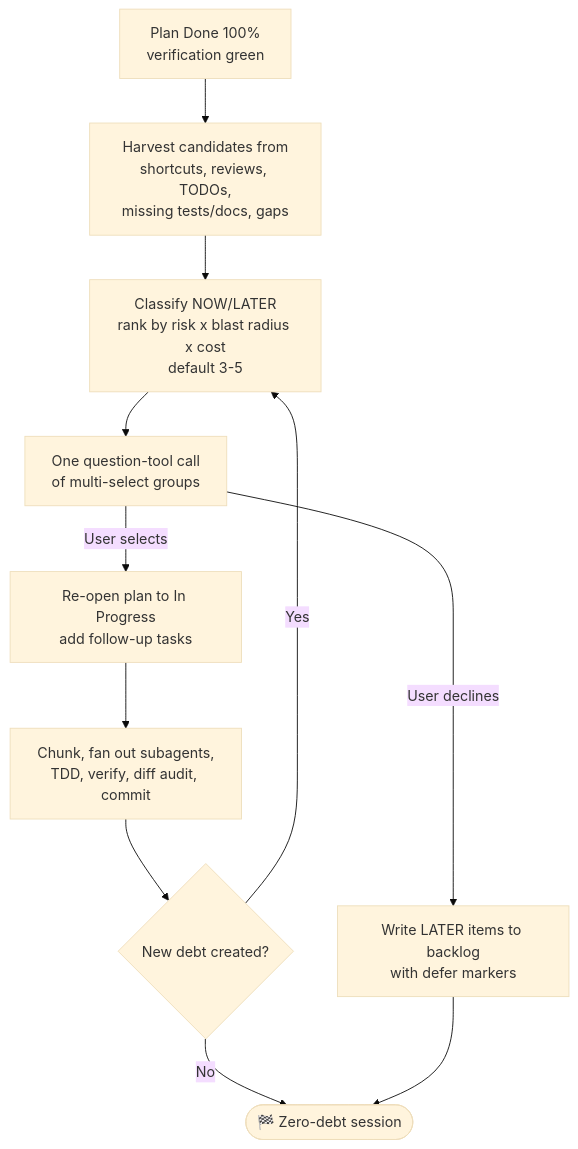
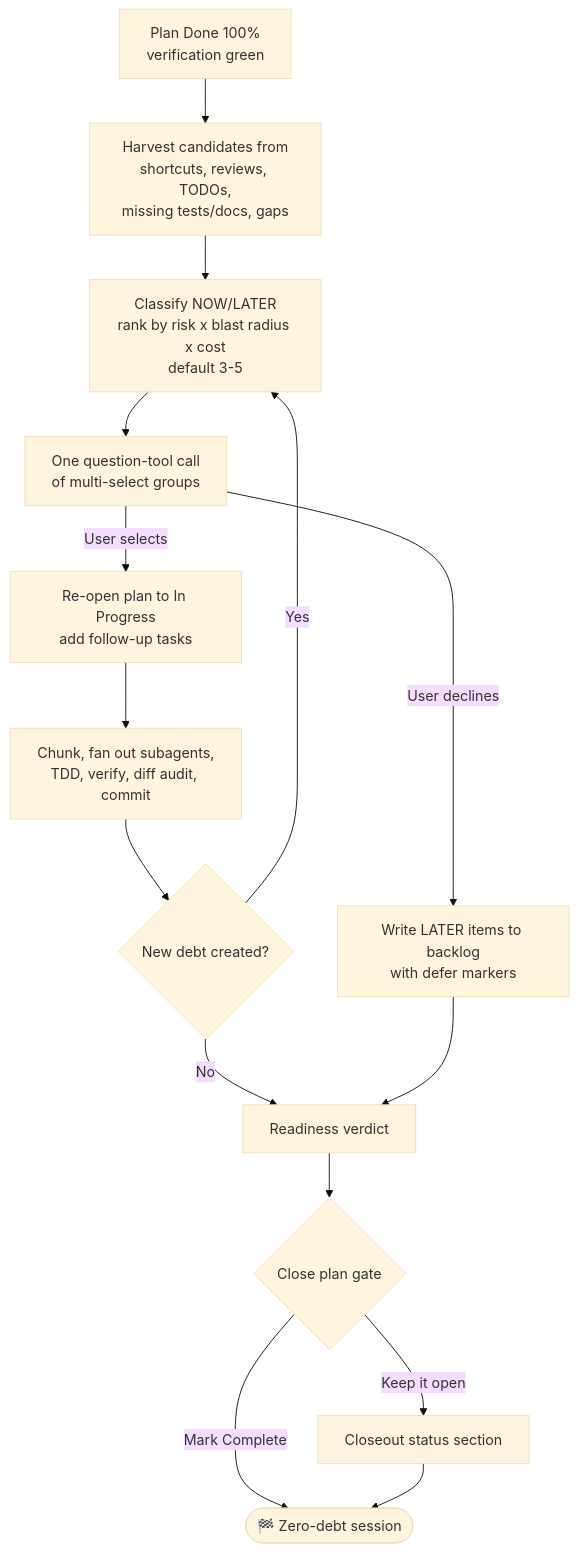
One commit to belajarcarabelajar/vivera changed the diagram in templates/follow-up-injection-template.md. Above: the diagram before and after it, drawn with Mermaid (base theme). The commit also changed other lines of this file and 15 other files, not shown here.

First line of the commit message:
feat: plan closeout gate with skip_if readiness, cross-session audit, and a registry that records the repository

````diff
--- a/templates/follow-up-injection-template.md
+++ b/templates/follow-up-injection-template.md
@@ -77,15 +91,19 @@
 ```mermaid
 flowchart TD
     accTitle: Debt sweep cycle for a finished plan
-    accDescr: Harvest debt candidates, classify and rank them, inject one question-tool call of multi-select groups, execute the selected items through the full pipeline, then re-sweep for any new debt they created.
+    accDescr: Harvest debt candidates, classify and rank them, inject one question-tool call of multi-select groups, execute the selected items through the full pipeline, then re-sweep for any new debt they created. The readiness verdict then drives the Close plan gate, which marks the plan Complete or records a closeout status section.
     Gate["Plan Done 100%\nverification green"] --> Harvest["Harvest candidates from\nshortcuts, reviews, TODOs,\nmissing tests/docs, gaps"]
     Harvest --> Rank["Classify NOW/LATER\nrank by risk x blast radius x cost\ndefault 3-5"]
     Rank --> Ask["One question-tool call\nof multi-select groups"]
     Ask -->|"User selects"| Reopen["Re-open plan to In Progress\nadd follow-up tasks"]
     Ask -->|"User declines"| Backlog["Write LATER items to backlog\nwith defer markers"]
     Reopen --> Exec["Chunk, fan out subagents,\nTDD, verify, diff audit, commit"]
     Exec --> Check{"New debt created?"}
     Check -->|"Yes"| Rank
-    Check -->|"No"| Close(["🏁 Zero-debt session"])
-    Backlog --> Close
+    Check -->|"No"| Ready["Readiness verdict"]
+    Backlog --> Ready
+    Ready --> Gate2{"Close plan gate"}
+    Gate2 -->|"Mark Complete"| Close(["🏁 Zero-debt session"])
+    Gate2 -->|"Keep it open"| Status["Closeout status section"]
+    Status --> Close
 ```
````
